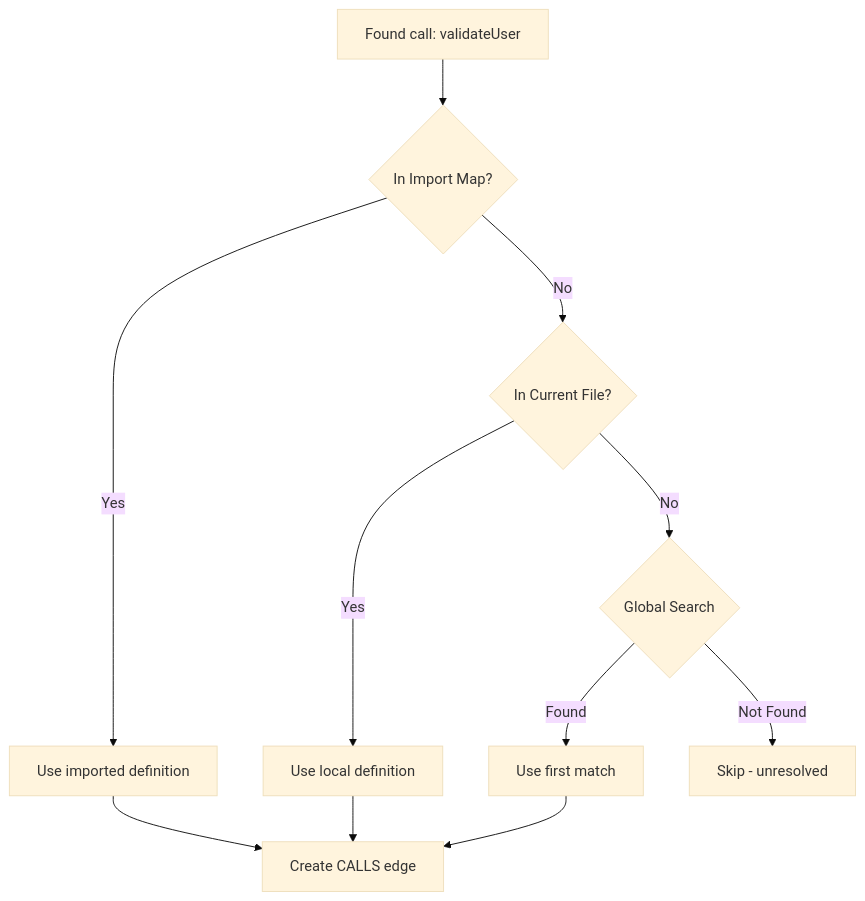
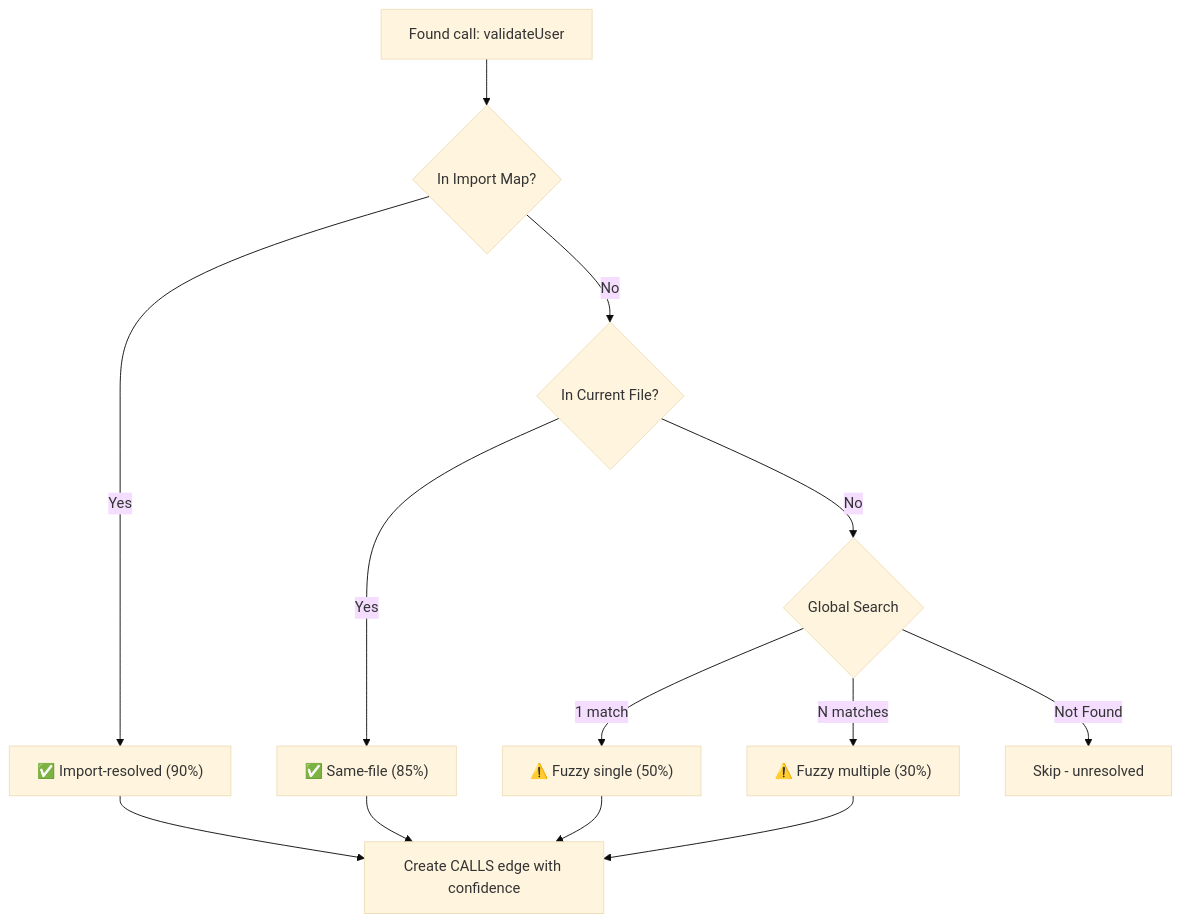
Before and after one commit to OliverNyx/NexusAI: the third of 7 diagrams in README.md, drawn with Mermaid (base theme). The commit also changed other lines of this file and 3 other files, not shown here.

````diff
--- a/README.md
+++ b/README.md
@@ -135,14 +170,13 @@
 ```mermaid
 flowchart TD
-    CALL[Found call: validateUser] --> CHECK1{In Import Map?}
-    CHECK1 -->|Yes| FOUND1[Use imported definition]
-    CHECK1 -->|No| CHECK2{In Current File?}
-    CHECK2 -->|Yes| FOUND2[Use local definition]
-    CHECK2 -->|No| CHECK3{Global Search}
-    CHECK3 -->|Found| FOUND3[Use first match]
-    CHECK3 -->|Not Found| SKIP[Skip - unresolved]
+    CALL["Found call: validateUser"] --> CHECK1{"In Import Map?"}
+    CHECK1 -->|Yes| FOUND1["✅ Import-resolved (90%)"]
+    CHECK1 -->|No| CHECK2{"In Current File?"}
+    CHECK2 -->|Yes| FOUND2["✅ Same-file (85%)"]
+    CHECK2 -->|No| CHECK3{"Global Search"}
+    CHECK3 -->|1 match| FOUND3["⚠️ Fuzzy single (50%)"]
+    CHECK3 -->|N matches| FOUND4["⚠️ Fuzzy multiple (30%)"]
+    CHECK3 -->|Not Found| SKIP["Skip - unresolved"]
     
-    FOUND1 --> EDGE[Create CALLS edge]
-    FOUND2 --> EDGE
-    FOUND3 --> EDGE
+    FOUND1 & FOUND2 & FOUND3 & FOUND4 --> EDGE["Create CALLS edge with confidence"]
 ```
````
